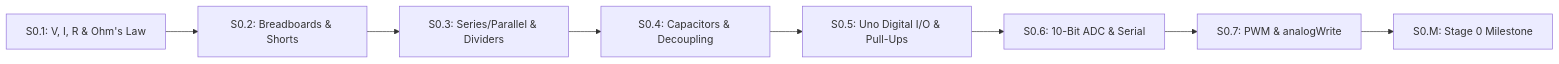
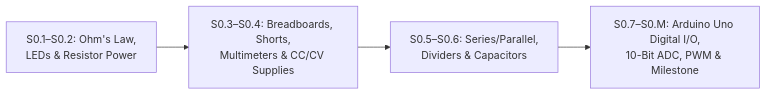
One commit to TLE47/Mechatronics-Roadmap changed the diagram in stage-0/README.md. Above: the diagram before and after it, drawn with Mermaid. The commit also changed other lines of this file and 58 other files, not shown here.

````diff
--- a/stage-0/README.md
+++ b/stage-0/README.md
@@ -5,10 +5,6 @@
 ```mermaid
 flowchart LR
-    S01["S0.1: V, I, R & Ohm's Law"] --> S02["S0.2: Breadboards & Shorts"]
-    S02 --> S03["S0.3: Series/Parallel & Dividers"]
-    S03 --> S04["S0.4: Capacitors & Decoupling"]
-    S04 --> S05["S0.5: Uno Digital I/O & Pull-Ups"]
-    S05 --> S06["S0.6: 10-Bit ADC & Serial"]
-    S06 --> S07["S0.7: PWM & analogWrite"]
-    S07 --> S0M["S0.M: Stage 0 Milestone"]
+    DC["S0.1–S0.2: Ohm's Law,<br/>LEDs & Resistor Power"] --> Lab["S0.3–S0.4: Breadboards, Shorts,<br/>Multimeters & CC/CV Supplies"]
+    Lab --> Net["S0.5–S0.6: Series/Parallel,<br/>Dividers & Capacitors"]
+    Net --> MCU["S0.7–S0.M: Arduino Uno Digital I/O,<br/>10-Bit ADC, PWM & Milestone"]
 ```
````
